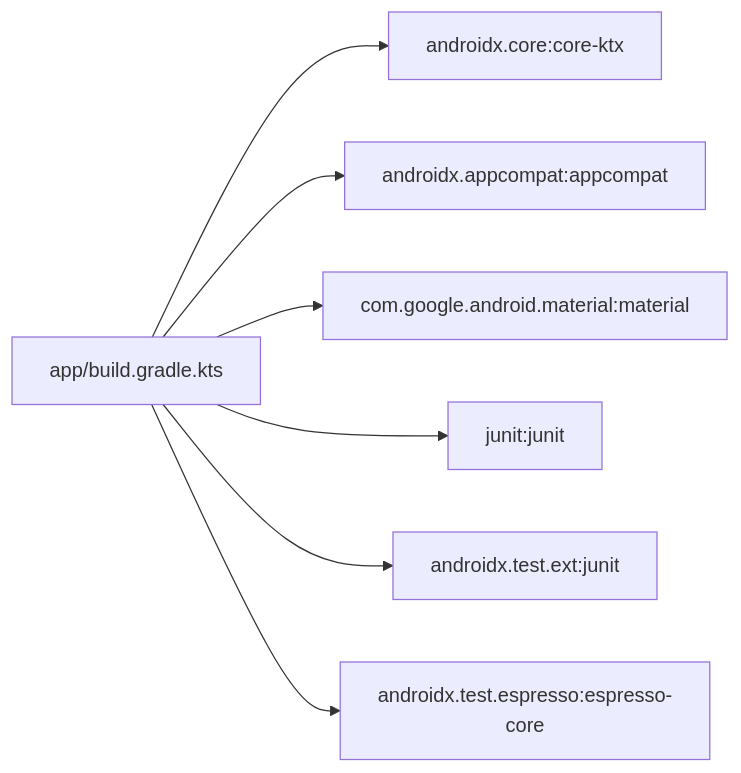
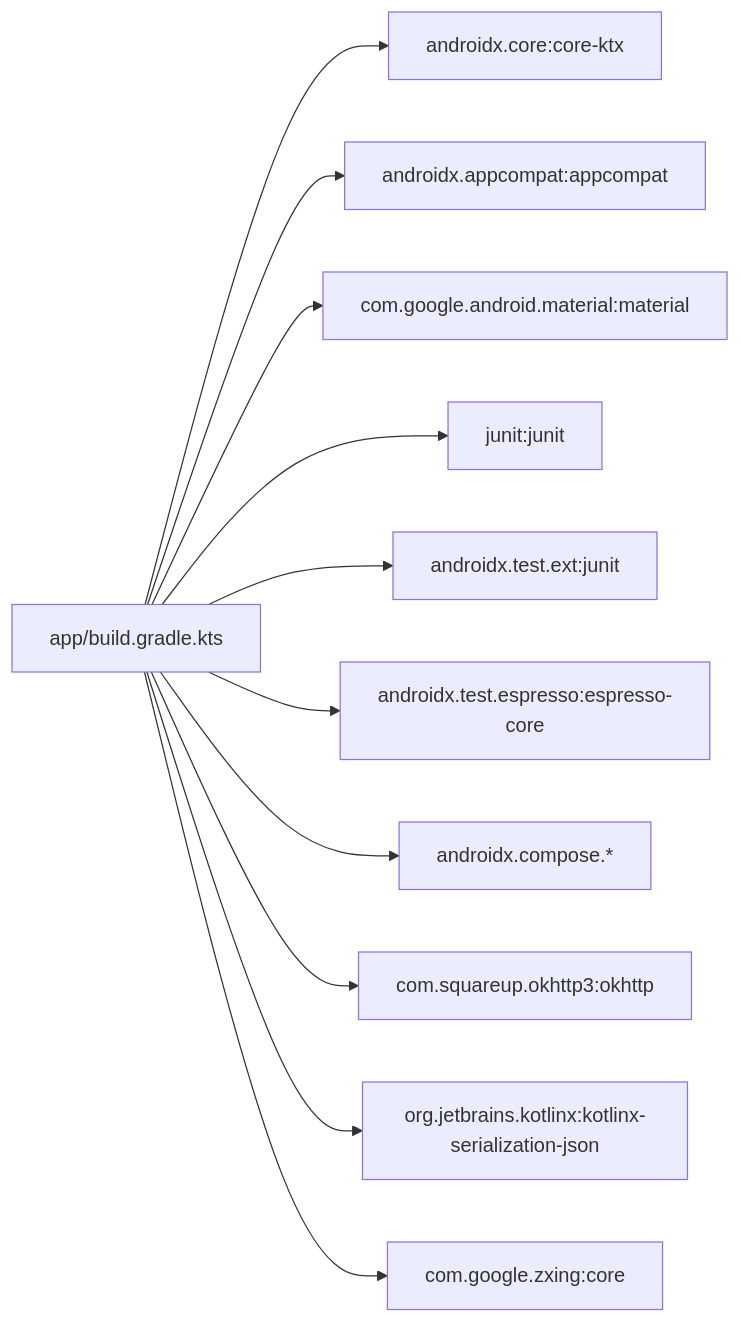
Before and after one commit to cjlhll/bilitv: the third of 3 diagrams in .qoder/repowiki/zh/content/技术栈与依赖.md, drawn with Mermaid. The commit also changed other lines of this file and 8 other files, not shown here.

First line of the commit message:
feat(app): 引入 Jetpack Compose 和相关现代库

````diff
--- a/.qoder/repowiki/zh/content/技术栈与依赖.md
+++ b/.qoder/repowiki/zh/content/技术栈与依赖.md
@@ -182,9 +256,13 @@
 ```mermaid
 graph LR
 AppBuild["app/build.gradle.kts"] --> CoreKtx["androidx.core:core-ktx"]
 AppBuild --> AppCompat["androidx.appcompat:appcompat"]
 AppBuild --> Material["com.google.android.material:material"]
 AppBuild --> JUnit4["junit:junit"]
 AppBuild --> AndroidXJUnit["androidx.test.ext:junit"]
 AppBuild --> Espresso["androidx.test.espresso:espresso-core"]
+AppBuild --> Compose["androidx.compose.*"]
+AppBuild --> OkHttp["com.squareup.okhttp3:okhttp"]
+AppBuild --> KxSerialization["org.jetbrains.kotlinx:kotlinx-serialization-json"]
+AppBuild --> Zxing["com.google.zxing:core"]
 ```
````
